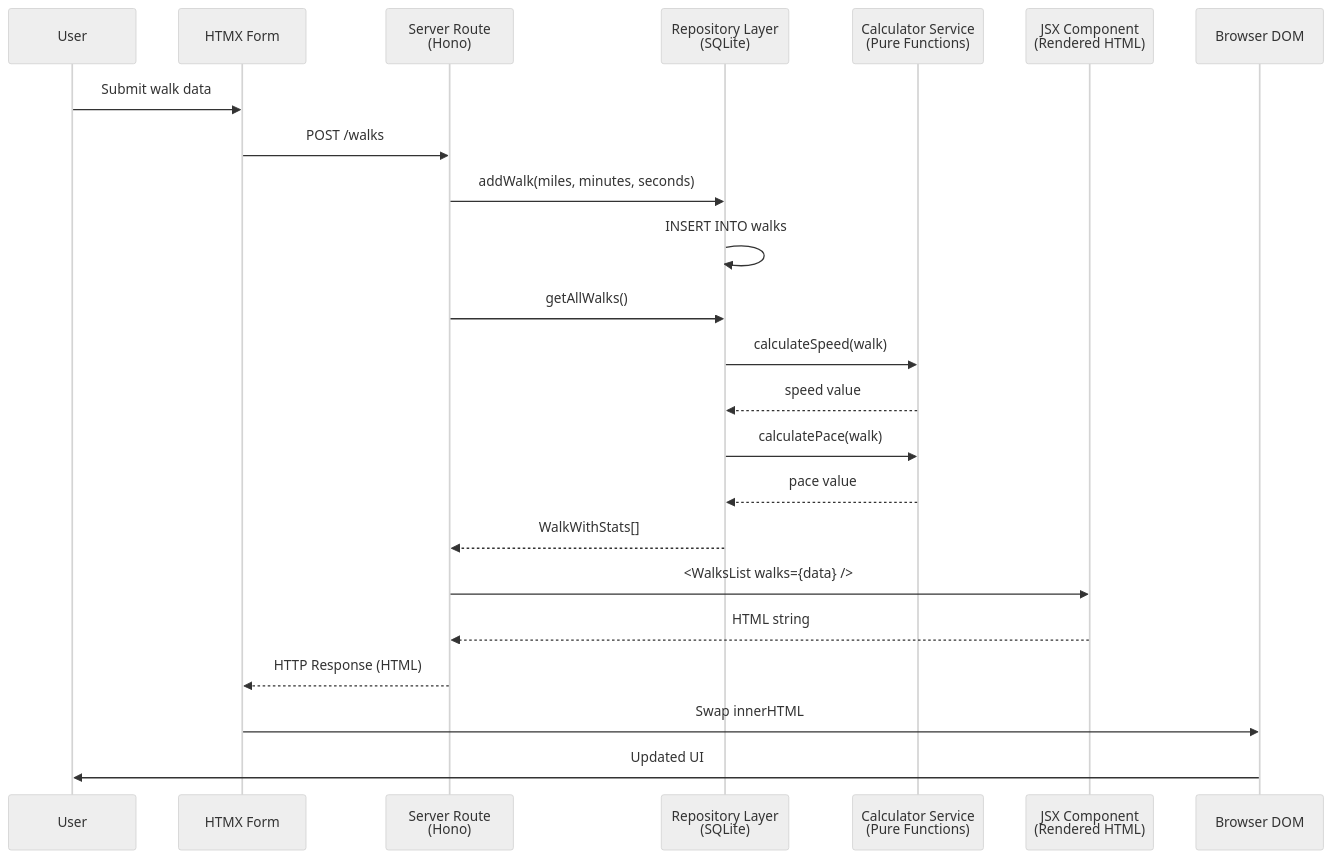
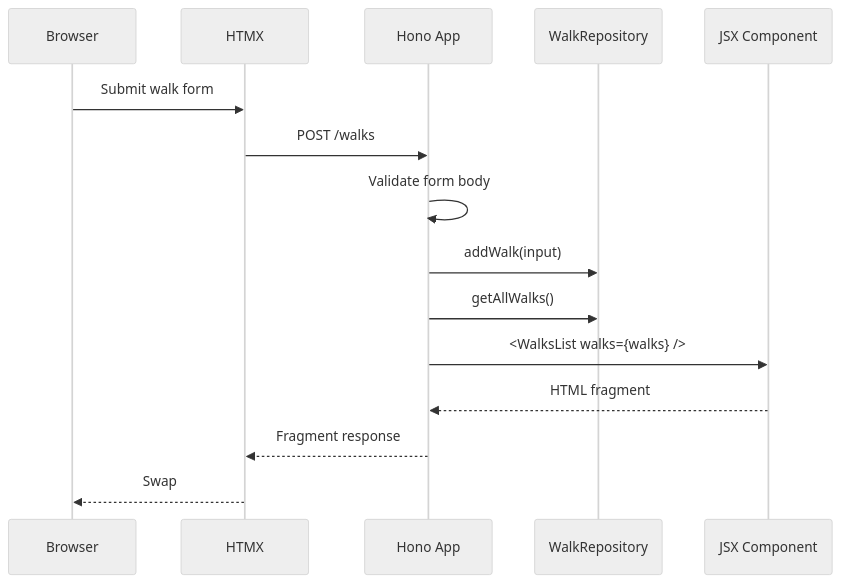
Before and after one commit to Macavitymadcap/hyper-dank: the diagram in README.md, drawn with Mermaid (neutral theme). The commit also changed other lines of this file and 26 other files, not shown here.

Commit message:
Refactor Hono HTMX template architecture

````diff
--- a/README.md
+++ b/README.md
@@ -122,26 +82,18 @@
 ```mermaid
 sequenceDiagram
-    participant User as User
-    participant HTMX as HTMX Form
-    participant Hono as Server Route<br/>(Hono)
-    participant Repo as Repository Layer<br/>(SQLite)
-    participant Calc as Calculator Service<br/>(Pure Functions)
-    participant JSX as JSX Component<br/>(Rendered HTML)
-    participant DOM as Browser DOM
+    participant Browser
+    participant HTMX
+    participant App as Hono App
+    participant Repo as WalkRepository
+    participant View as JSX Component
 
-    User->>HTMX: Submit walk data
-    HTMX->>Hono: POST /walks
-    Hono->>Repo: addWalk(miles, minutes, seconds)
-    Repo->>Repo: INSERT INTO walks
-    Hono->>Repo: getAllWalks()
-    Repo->>Calc: calculateSpeed(walk)
-    Calc-->>Repo: speed value
-    Repo->>Calc: calculatePace(walk)
-    Calc-->>Repo: pace value
-    Repo-->>Hono: WalkWithStats[]
-    Hono->>JSX: <WalksList walks={data} />
-    JSX-->>Hono: HTML string
-    Hono-->>HTMX: HTTP Response (HTML)
-    HTMX->>DOM: Swap innerHTML
-    DOM->>User: Updated UI
+    Browser->>HTMX: Submit walk form
+    HTMX->>App: POST /walks
+    App->>App: Validate form body
+    App->>Repo: addWalk(input)
+    App->>Repo: getAllWalks()
+    App->>View: <WalksList walks={walks} />
+    View-->>App: HTML fragment
+    App-->>HTMX: Fragment response
+    HTMX-->>Browser: Swap #walks-list
 ```
````
